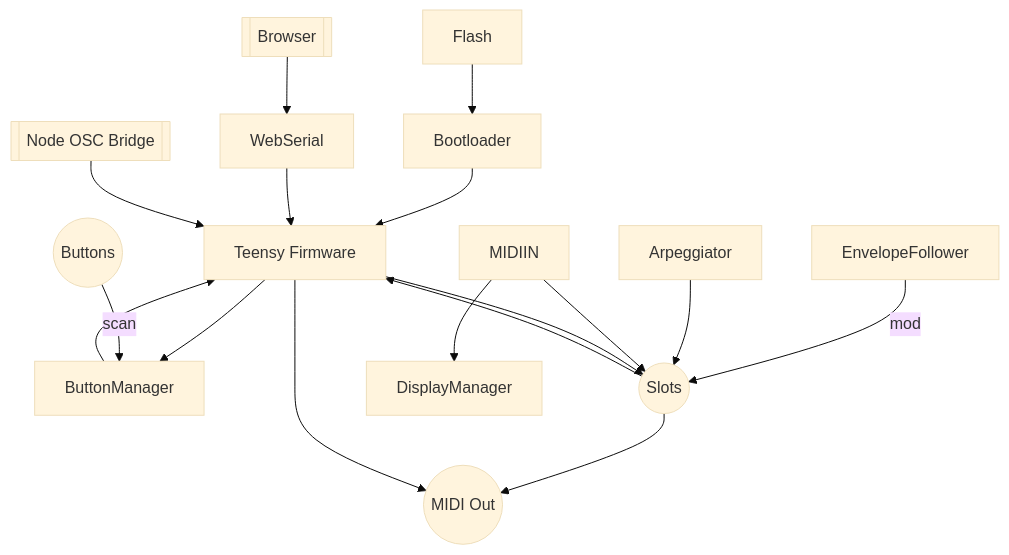
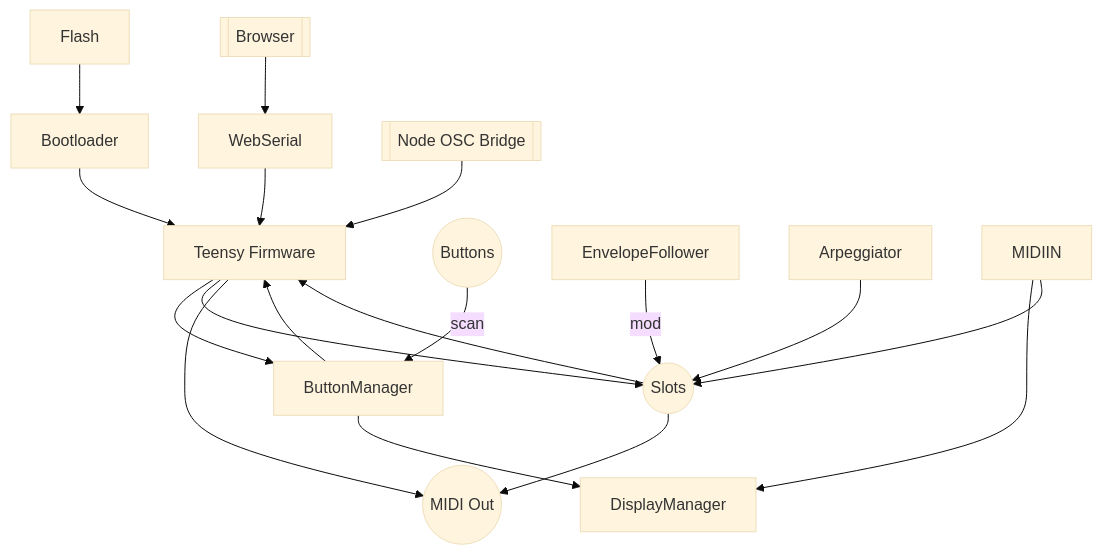
One commit to bseverns/MOARkNOBS-42 changed the diagram in docs/README.md. Above: the diagram before and after it, drawn with Mermaid (base theme).

````diff
--- a/docs/README.md
+++ b/docs/README.md
@@ -20,14 +20,14 @@
 ```mermaid
 flowchart TD
   Flash --> Loader[Bootloader] --> FW[Teensy Firmware]
-  FW --> BM[ButtonManager]
+  FW --> BM[ButtonManager] --> DM[DisplayManager]
   Buttons((Buttons)) -->|scan| BM --> FW
   EF[EnvelopeFollower] -->|mod| Slots((Slots))
   ARP[Arpeggiator] --> Slots((Slots))
   MIDIIN --> DM[DisplayManager]
   MIDIIN --> Slots((Slots)) --> FW
   Browser[[Browser]] --> WebSerial --> FW
   NodeOSC[[Node OSC Bridge]] --> FW
   FW --> Slots((Slots)) --> MIDIOut((MIDI Out))
   FW --> MIDIOut((MIDI Out))
 ```
````
